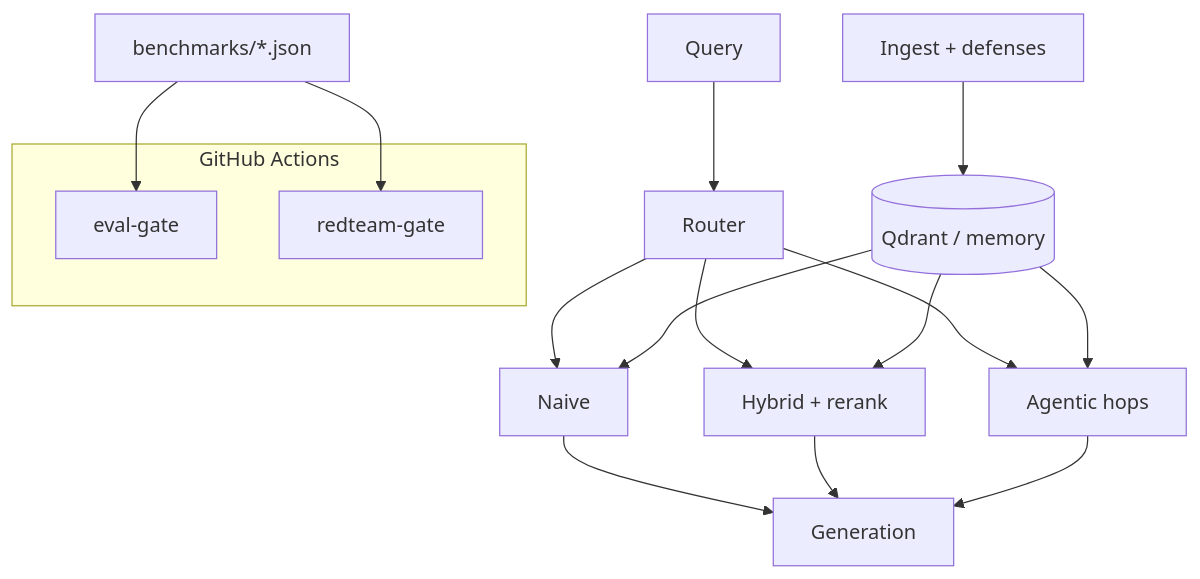
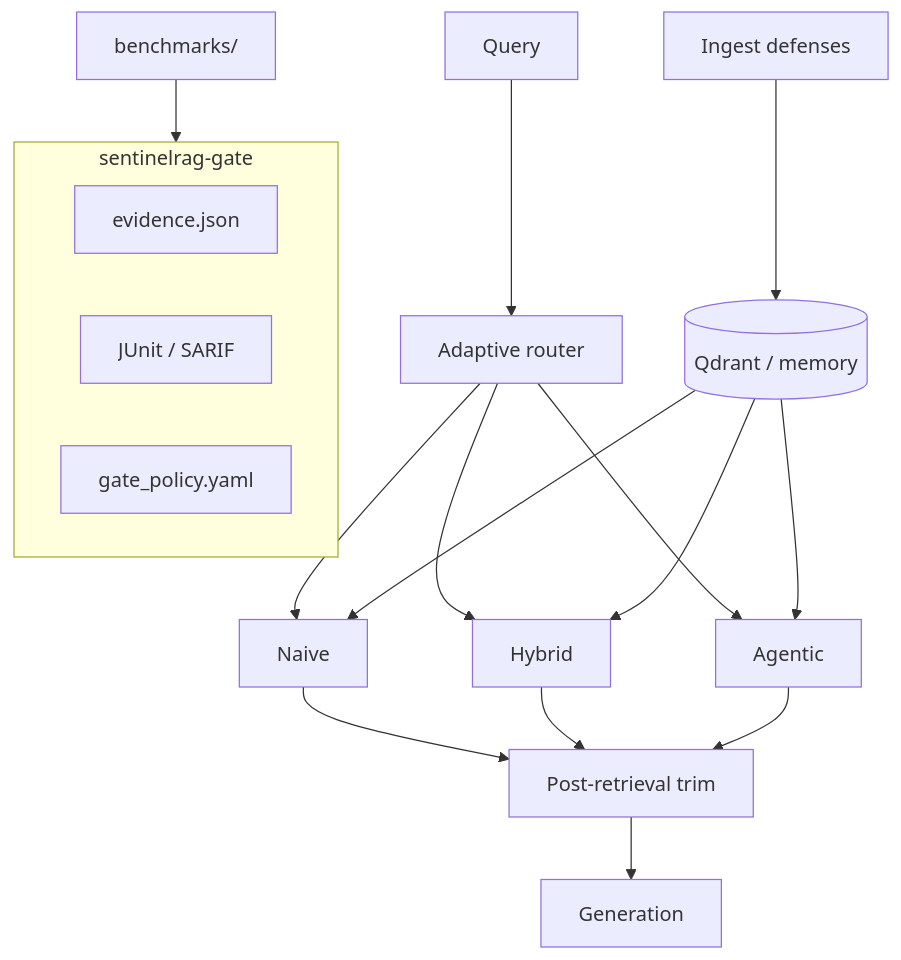
One commit to prakash888kp/SentinelRAG changed the diagram in README.md. Above: the diagram before and after it, drawn with Mermaid. The commit also changed other lines of this file and 35 other files, not shown here.

First line of the commit message:
feat(phase7): RAG supply-chain gate with evidence, SARIF, and poison benchmark

````diff
--- a/README.md
+++ b/README.md
@@ -29,15 +65,15 @@
 ```mermaid
 flowchart TB
-  subgraph ci [GitHub Actions]
-    E[eval-gate]
-    R[redteam-gate]
+  subgraph gate [sentinelrag-gate]
+    E[evidence.json]
+    J[JUnit / SARIF]
+    P[gate_policy.yaml]
   end
-  Q[Query] --> RT[Router]
-  RT --> N[Naive]
-  RT --> H[Hybrid + rerank]
-  RT --> A[Agentic hops]
-  N & H & A --> LLM[Generation]
-  I[Ingest + defenses] --> V[(Qdrant / memory)]
+  Q[Query] --> R[Adaptive router]
+  R --> N[Naive] & H[Hybrid] & A[Agentic]
+  I[Ingest defenses] --> V[(Qdrant / memory)]
   V --> N & H & A
-  B[benchmarks/*.json] --> E & R
+  N & H & A --> T[Post-retrieval trim]
+  T --> LLM[Generation]
+  B[benchmarks/] --> gate
 ```
````
